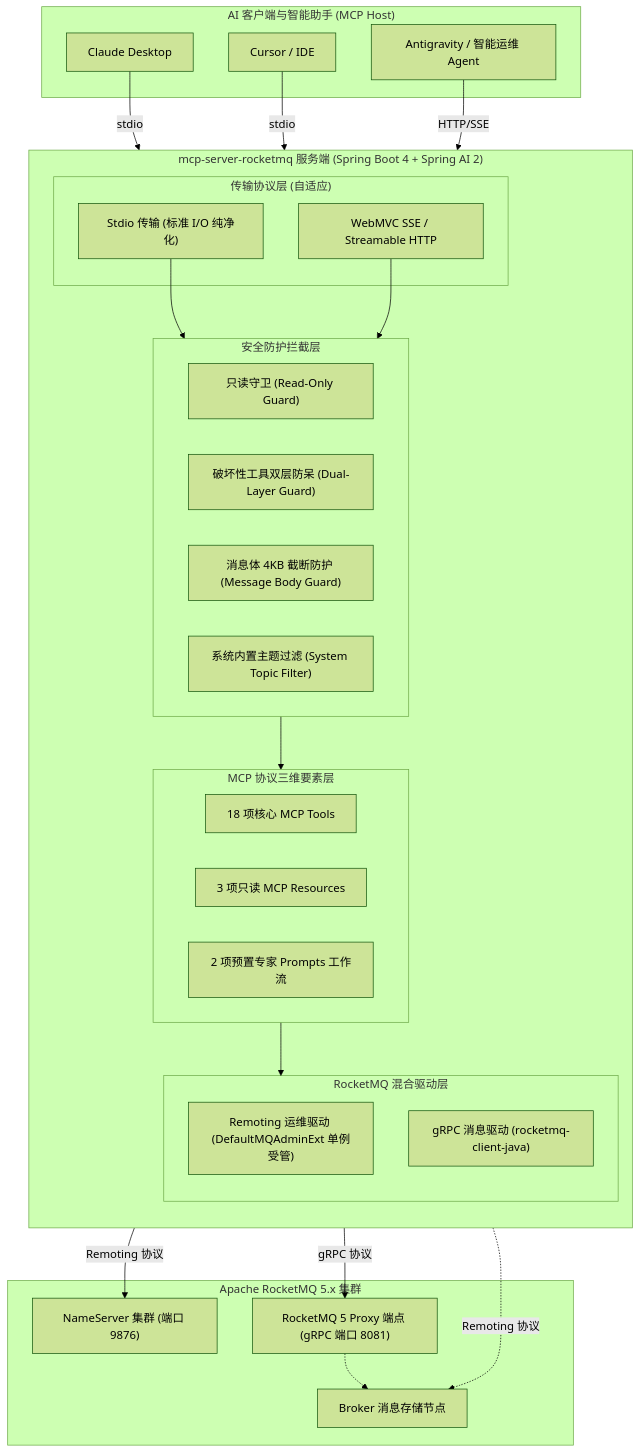
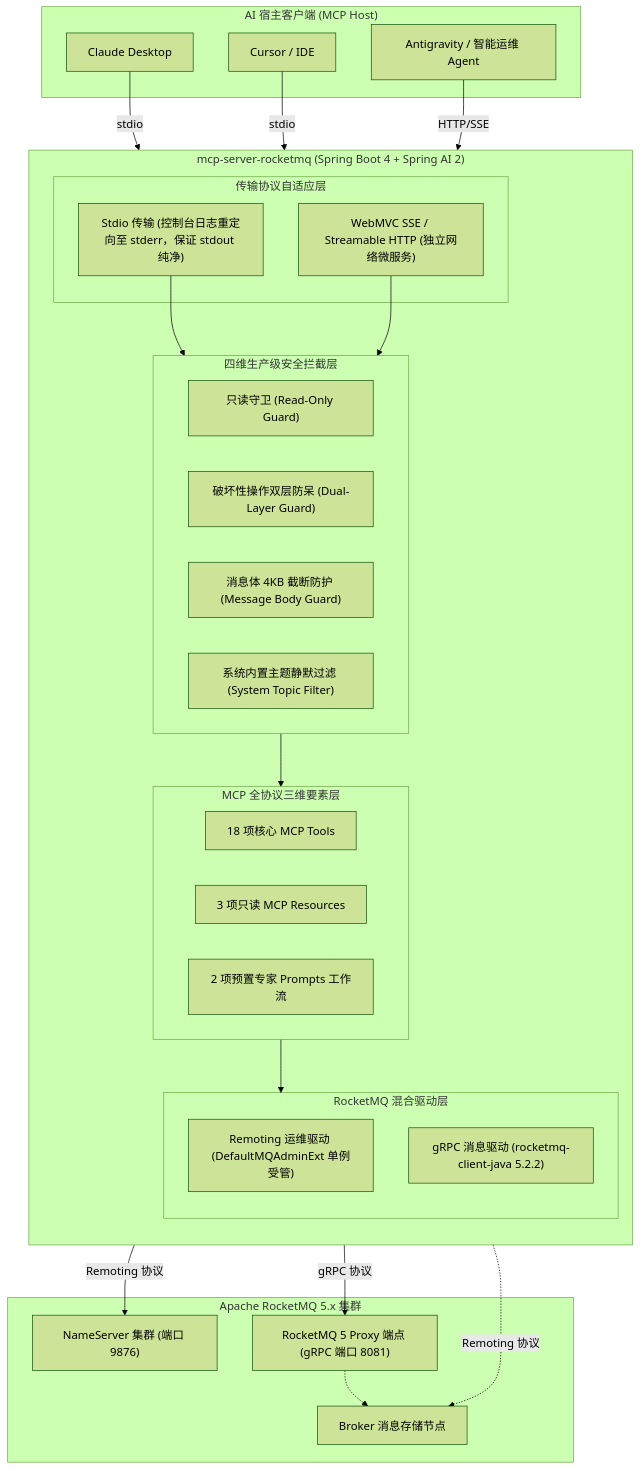
One commit to atengk/mcp-server-rocketmq changed the diagram in README.md. Above: the diagram before and after it, drawn with Mermaid (forest theme). The commit also changed other lines of this file, not shown here.

````diff
--- a/README.md
+++ b/README.md
@@ -55,55 +48,55 @@
 ```mermaid
 flowchart TD
-  subgraph AI_Host["AI 客户端与智能助手 (MCP Host)"]
+  subgraph AI_Clients["AI 宿主客户端 (MCP Host)"]
     Claude["Claude Desktop"]
     Cursor["Cursor / IDE"]
     Agent["Antigravity / 智能运维 Agent"]
   end
 
-  subgraph MCP_Server["mcp-server-rocketmq 服务端 (Spring Boot 4 + Spring AI 2)"]
+  subgraph MCP_Server["mcp-server-rocketmq (Spring Boot 4 + Spring AI 2)"]
     direction TB
     
-    subgraph Transport_Layer["传输协议层 (自适应)"]
-      Stdio["Stdio 传输 (标准 I/O 纯净化)"]
-      SSE["WebMVC SSE / Streamable HTTP"]
+    subgraph Transport_Layer["传输协议自适应层"]
+      Stdio["Stdio 传输 (控制台日志重定向至 stderr，保证 stdout 纯净)"]
+      SSE["WebMVC SSE / Streamable HTTP (独立网络微服务)"]
     end
     
-    subgraph Safety_Guards["安全防护拦截层"]
+    subgraph Safety_Guards["四维生产级安全拦截层"]
       ReadOnlyGuard["只读守卫 (Read-Only Guard)"]
-      DualLayerGuard["破坏性工具双层防呆 (Dual-Layer Guard)"]
+      DualLayerGuard["破坏性操作双层防呆 (Dual-Layer Guard)"]
       BodyGuard["消息体 4KB 截断防护 (Message Body Guard)"]
-      SysFilter["系统内置主题过滤 (System Topic Filter)"]
+      SysFilter["系统内置主题静默过滤 (System Topic Filter)"]
     end
     
-    subgraph MCP_Capability["MCP 协议三维要素层"]
+    subgraph MCP_Layer["MCP 全协议三维要素层"]
       Tools["18 项核心 MCP Tools"]
       Resources["3 项只读 MCP Resources"]
       Prompts["2 项预置专家 Prompts 工作流"]
     end
 
     subgraph Client_Drivers["RocketMQ 混合驱动层"]
       AdminDriver["Remoting 运维驱动 (DefaultMQAdminExt 单例受管)"]
-      GrpcDriver["gRPC 消息驱动 (rocketmq-client-java)"]
+      GrpcDriver["gRPC 消息驱动 (rocketmq-client-java 5.2.2)"]
     end
   end
 
   subgraph RocketMQ5_Cluster["Apache RocketMQ 5.x 集群"]
     NameServer["NameServer 集群 (端口 9876)"]
     Proxy["RocketMQ 5 Proxy 端点 (gRPC 端口 8081)"]
     Broker["Broker 消息存储节点"]
   end
 
   Claude -->|stdio| Stdio
   Cursor -->|stdio| Stdio
   Agent -->|HTTP/SSE| SSE
 
   Stdio --> Safety_Guards
   SSE --> Safety_Guards
-  Safety_Guards --> MCP_Capability
-  MCP_Capability --> Client_Drivers
+  Safety_Guards --> MCP_Layer
+  MCP_Layer --> Client_Drivers
 
   AdminDriver -->|Remoting 协议| NameServer
   AdminDriver -.->|Remoting 协议| Broker
   GrpcDriver -->|gRPC 协议| Proxy
   Proxy -.-> Broker
 ```
````
